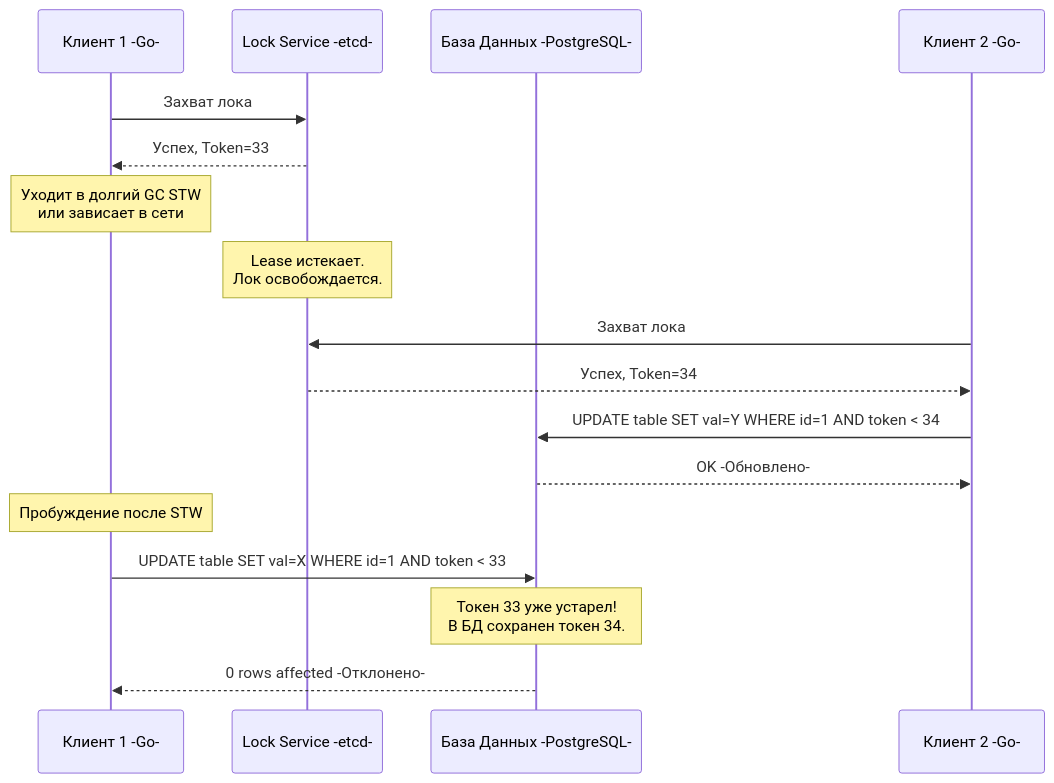
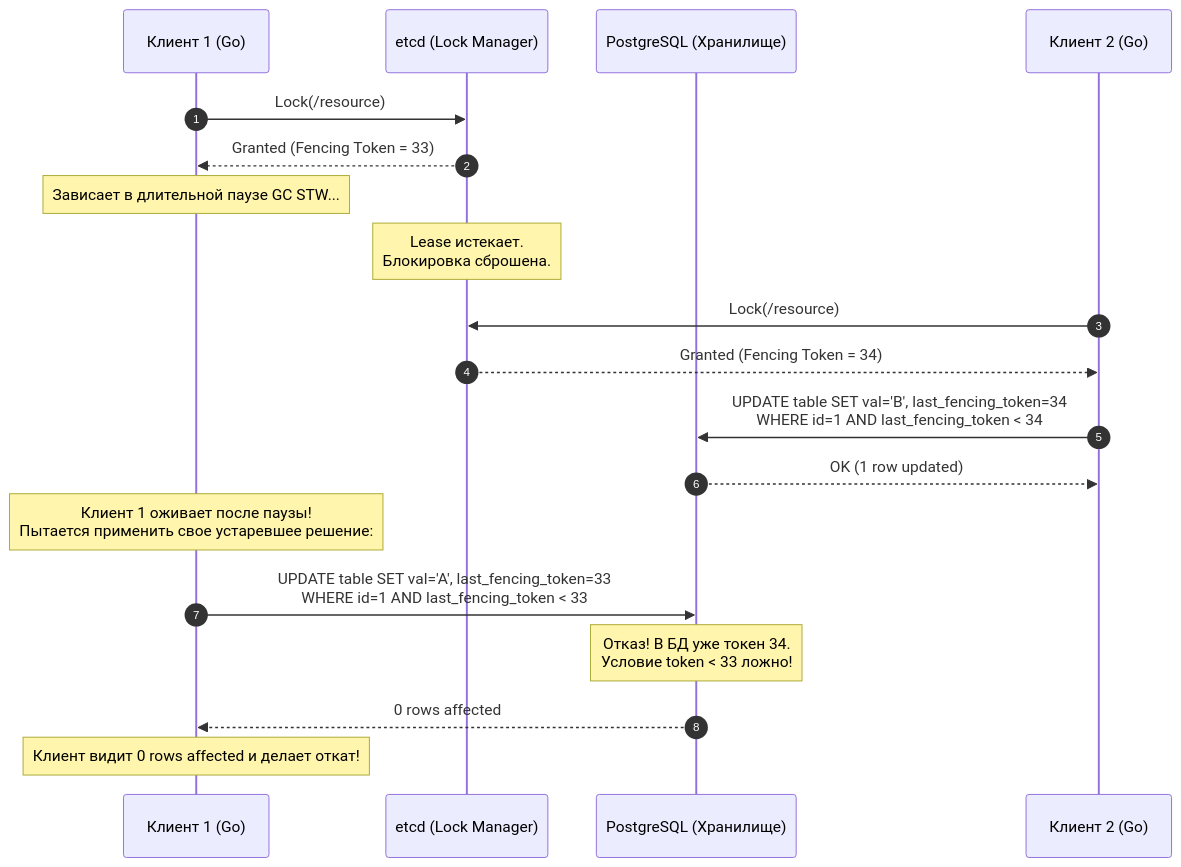
Before and after one commit to UnrealTemplier/go-textbook: the second of 2 diagrams in sources/14. Распределенные системы на Go/02. Консенсус/7. Distributed locks.md, drawn with Mermaid. The commit also changed other lines of this file, not shown here.

````diff
--- a/sources/14. Распределенные системы на Go/02. Консенсус/7. Distributed locks.md
+++ b/sources/14. Распределенные системы на Go/02. Консенсус/7. Distributed locks.md
@@ -78,22 +135,25 @@
 ```mermaid
 sequenceDiagram
-    participant C1 as Клиент 1 -Go-
-    participant Lock as Lock Service -etcd-
-    participant DB as База Данных -PostgreSQL-
-    participant C2 as Клиент 2 -Go-
+    autonumber
+    participant C1 as Клиент 1 (Go)
+    participant Lock as etcd (Lock Manager)
+    participant DB as PostgreSQL (Хранилище)
+    participant C2 as Клиент 2 (Go)
 
-    C1->>Lock: Захват лока
-    Lock-->>C1: Успех, Token=33
-    Note over C1: Уходит в долгий GC STW<br>или зависает в сети
-    Note over Lock: Lease истекает.<br>Лок освобождается.
-
-    C2->>Lock: Захват лока
-    Lock-->>C2: Успех, Token=34
-    C2->>DB: UPDATE table SET val=Y WHERE id=1 AND token < 34
-    DB-->>C2: OK -Обновлено-
-
-    Note over C1: Пробуждение после STW
-    C1->>DB: UPDATE table SET val=X WHERE id=1 AND token < 33
-    Note over DB: Токен 33 уже устарел!<br>В БД сохранен токен 34.
-    DB-->>C1: 0 rows affected -Отклонено-
+    C1->>Lock: Lock(/resource)
+    Lock-->>C1: Granted (Fencing Token = 33)
+    Note over C1: Зависает в длительной паузе GC STW...
+    
+    Note over Lock: Lease истекает.<br/>Блокировка сброшена.
+    
+    C2->>Lock: Lock(/resource)
+    Lock-->>C2: Granted (Fencing Token = 34)
+    C2->>DB: UPDATE table SET val='B', last_fencing_token=34<br/>WHERE id=1 AND last_fencing_token < 34
+    DB-->>C2: OK (1 row updated)
+    
+    Note over C1: Клиент 1 оживает после паузы!<br/>Пытается применить свое устаревшее решение:
+    C1->>DB: UPDATE table SET val='A', last_fencing_token=33<br/>WHERE id=1 AND last_fencing_token < 33
+    Note over DB: Отказ! В БД уже токен 34.<br/>Условие token < 33 ложно!
+    DB-->>C1: 0 rows affected
+    Note over C1: Клиент видит 0 rows affected и делает откат!
 ```
````
